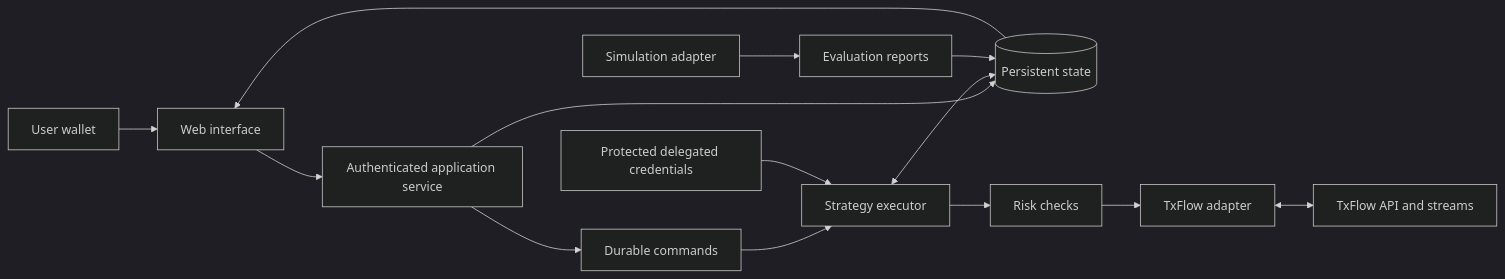
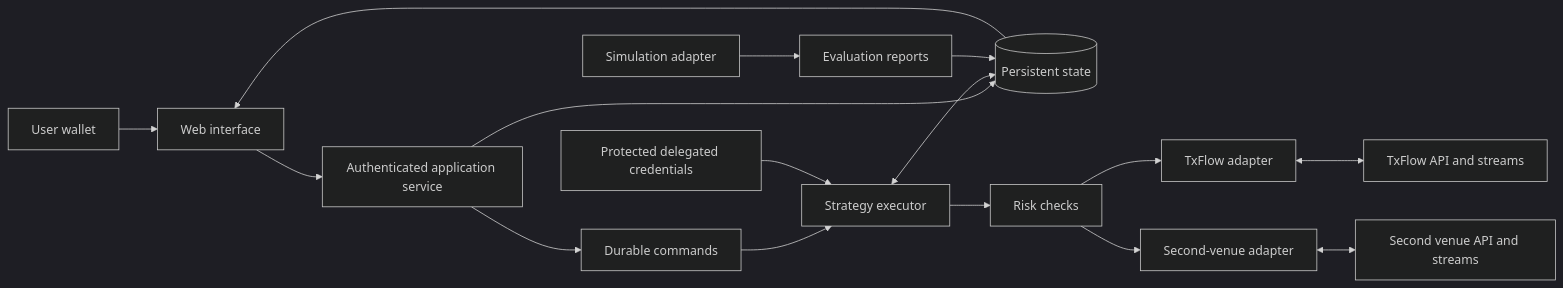
One commit to Dja-Cripto/TxEquibot changed the diagram in docs/engineering/ARCHITECTURE.md. Above: the diagram before and after it, drawn with Mermaid (dark theme). The commit also changed other lines of this file and 22 other files, not shown here.

````diff
--- a/docs/engineering/ARCHITECTURE.md
+++ b/docs/engineering/ARCHITECTURE.md
@@ -5,16 +5,18 @@
 ```mermaid
 flowchart LR
     User[User wallet] --> UI[Web interface]
     UI --> API[Authenticated application service]
     API --> DB[(Persistent state)]
     API --> Queue[Durable commands]
     Queue --> Worker[Strategy executor]
     Worker --> Risk[Risk checks]
-    Risk --> Adapter[TxFlow adapter]
-    Adapter <--> Venue[TxFlow API and streams]
+    Risk --> AdapterA[TxFlow adapter]
+    Risk --> AdapterB[Second-venue adapter]
+    AdapterA <--> VenueA[TxFlow API and streams]
+    AdapterB <--> VenueB[Second venue API and streams]
     Worker <--> DB
     Secrets[Protected delegated credentials] --> Worker
     Sim[Simulation adapter] --> Eval[Evaluation reports]
     Eval --> DB
     DB --> UI
 ```
````
